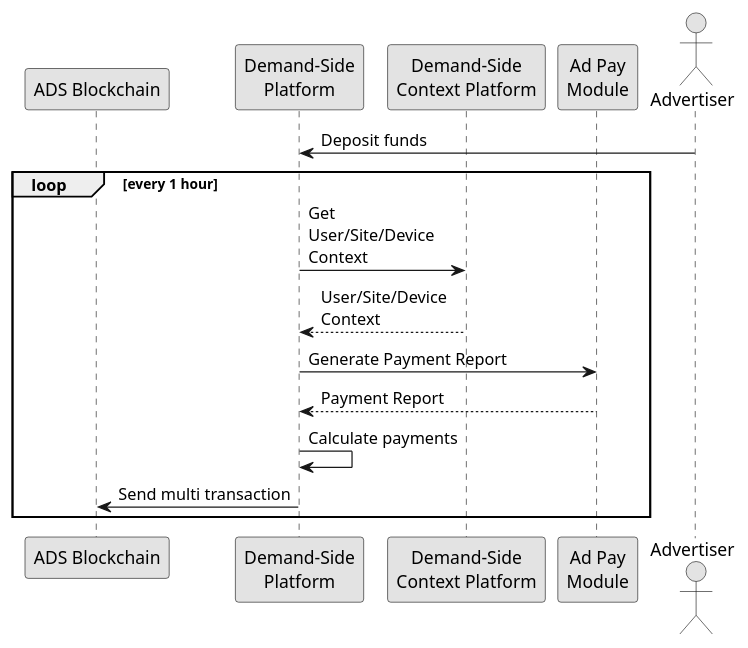
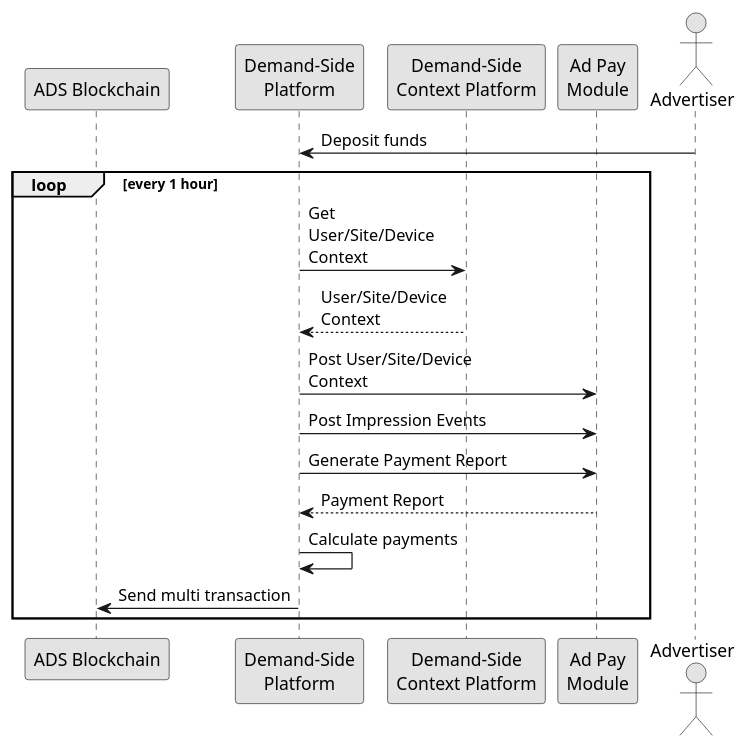
Before and after one commit to adshares/adshares-docs: the diagram in protocol/payments/payments_sending.rst, drawn with PlantUML. The commit also changed other lines of this file and 5 other files, not shown here.

```diff
--- a/protocol/payments/payments_sending.rst
+++ b/protocol/payments/payments_sending.rst
@@ -6,20 +6,22 @@
 .. uml::
     :align: center
 
     skinparam monochrome true
 
     participant "ADS Blockchain"                    as blockchain
     participant "Demand-Side\nPlatform"             as DSP
     participant "Demand-Side\nContext Platform"     as DSCP
     participant "Ad Pay\nModule"                    as APM
     actor       "Advertiser"                        as advertiser
 
     advertiser -> DSP: Deposit funds
     loop every 1 hour
         DSP -> DSCP: Get\nUser/Site/Device\nContext
-        DSCP --> DSP : User/Site/Device\nContext
+        DSCP --> DSP: User/Site/Device\nContext
+        DSP -> APM: Post User/Site/Device\nContext
+        DSP -> APM: Post Impression Events
         DSP -> APM: Generate Payment Report
         APM --> DSP: Payment Report
         DSP -> DSP: Calculate payments
         DSP -> blockchain: Send multi transaction
     end
```
